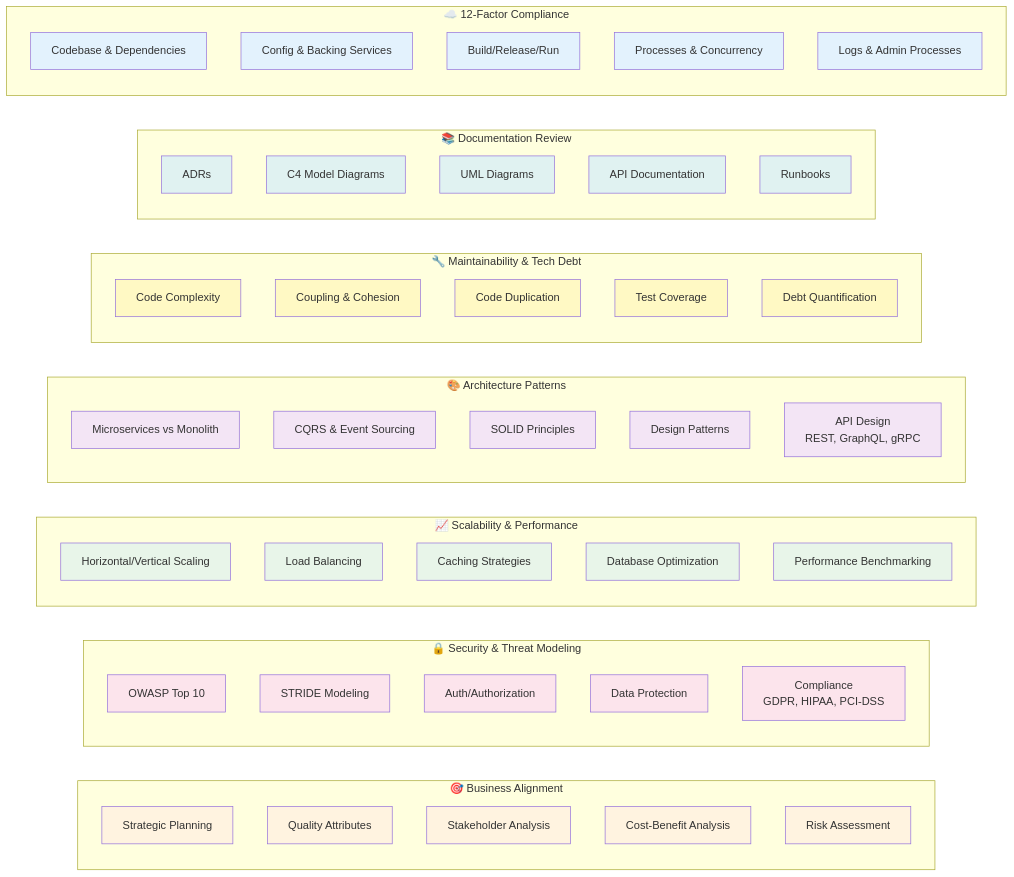
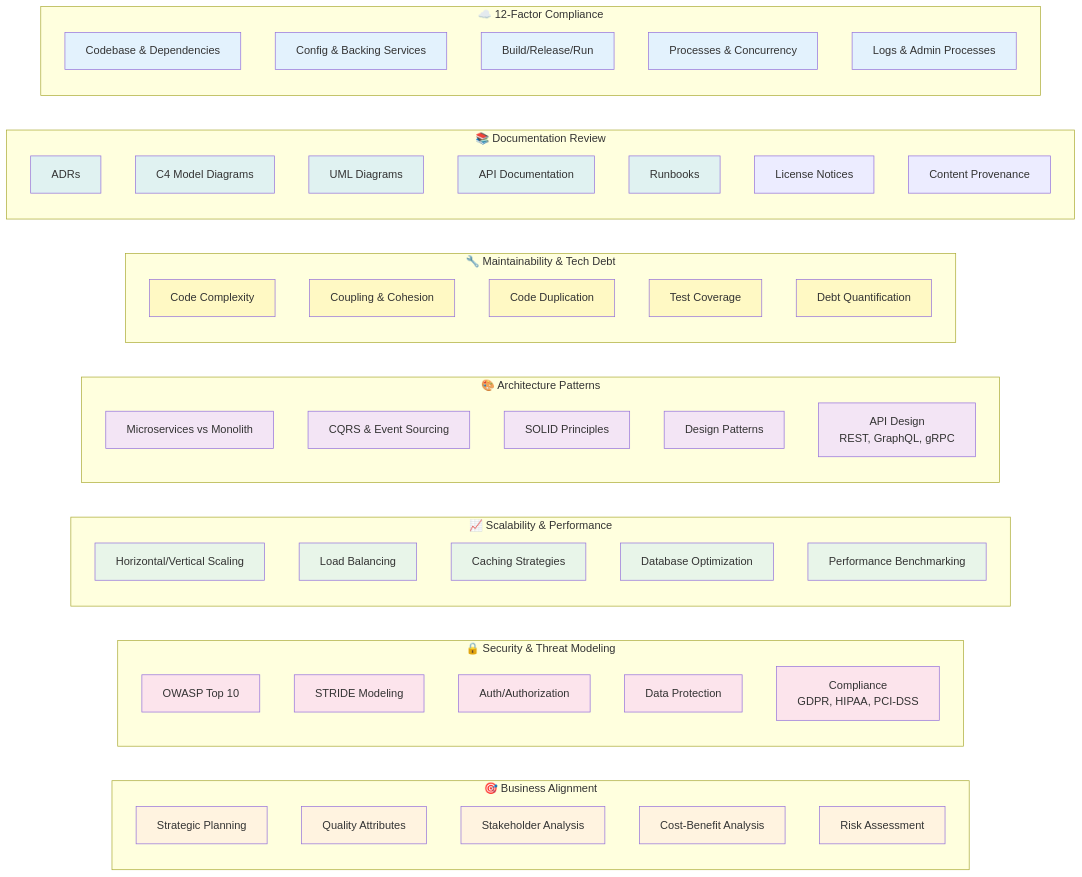
The second of 6 diagrams in .bob/documentation/diagramms/architecture-review-system.md (thomassuedbroecker/review_and_sdd_custom_ibm_bob_configuration_template), drawn with Mermaid before and after one commit. The commit also changed other lines of this file and 7 other files, not shown here.

```diff
--- a/.bob/documentation/diagramms/architecture-review-system.md
+++ b/.bob/documentation/diagramms/architecture-review-system.md
@@ -106,6 +106,8 @@
         DR3[UML Diagrams]
         DR4[API Documentation]
         DR5[Runbooks]
+        DR6[License Notices]
+        DR7[Content Provenance]
     end
     
     subgraph "☁️ 12-Factor Compliance"
```
